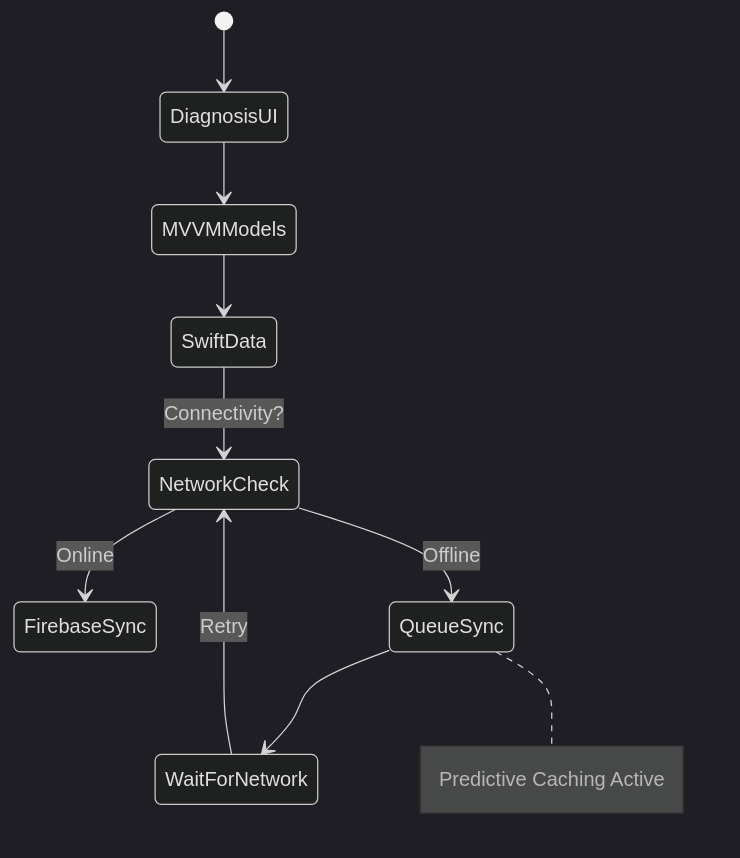
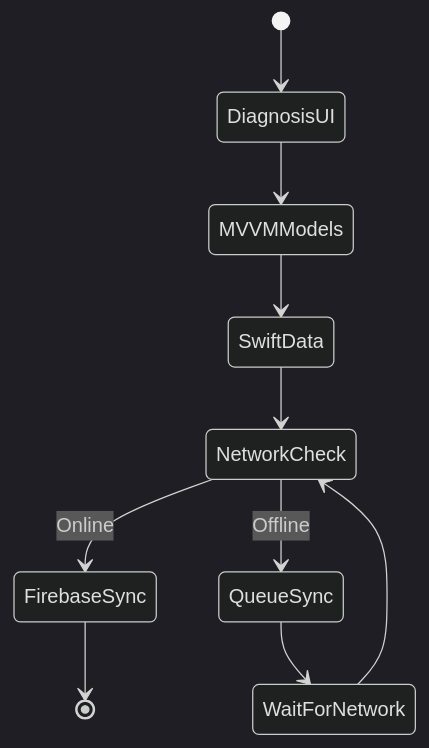
One commit to hareeshkar/hareeshkar changed the second of 2 diagrams in README.md. Above: the diagram before and after it, drawn with Mermaid (dark theme). The commit also changed other lines of this file, not shown here.

````diff
--- a/README.md
+++ b/README.md
@@ -208,12 +253,15 @@
-  ```mermaid
-  stateDiagram-v2
+```mermaid
+stateDiagram-v2
     [*] --> DiagnosisUI
     DiagnosisUI --> MVVMModels
     MVVMModels --> SwiftData
-    SwiftData --> NetworkCheck: Connectivity?
+    
+    SwiftData --> NetworkCheck
+    
     NetworkCheck --> FirebaseSync: Online
     NetworkCheck --> QueueSync: Offline
+    
+    FirebaseSync --> [*]
     QueueSync --> WaitForNetwork
-    WaitForNetwork --> NetworkCheck: Retry
-    note right of QueueSync: Predictive Caching Active
-  ```
+    WaitForNetwork --> NetworkCheck
+```
````
